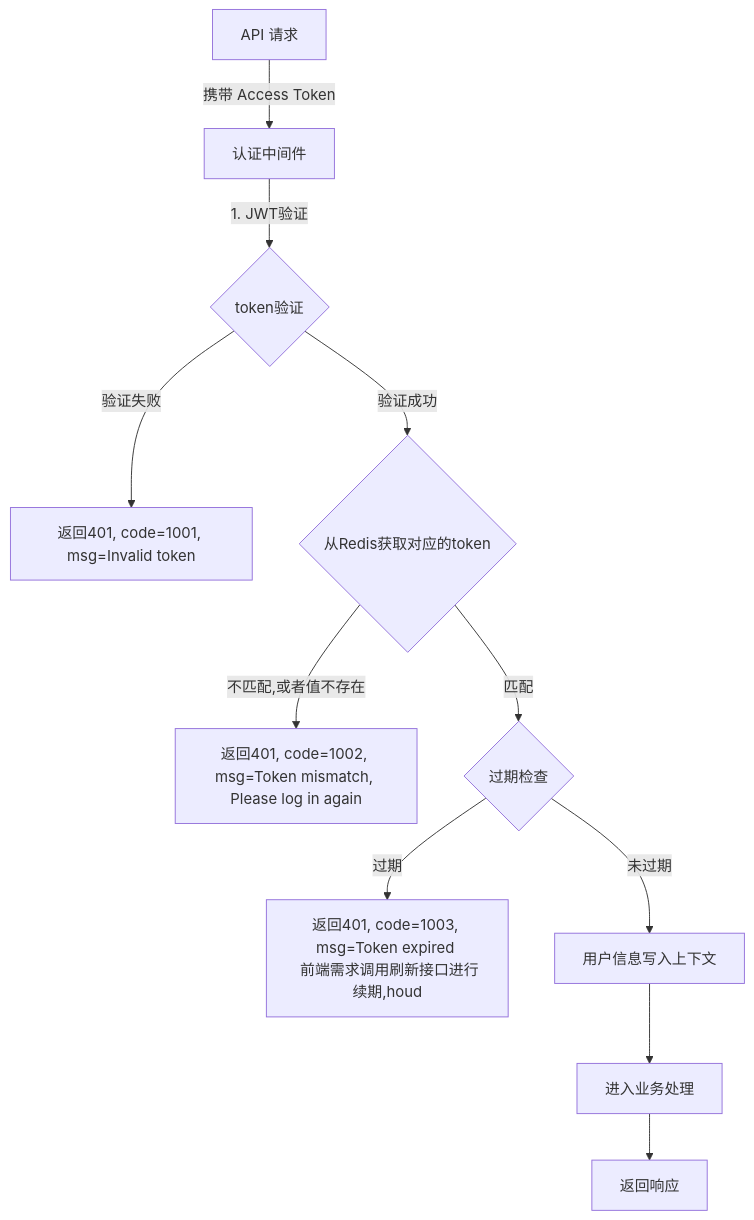
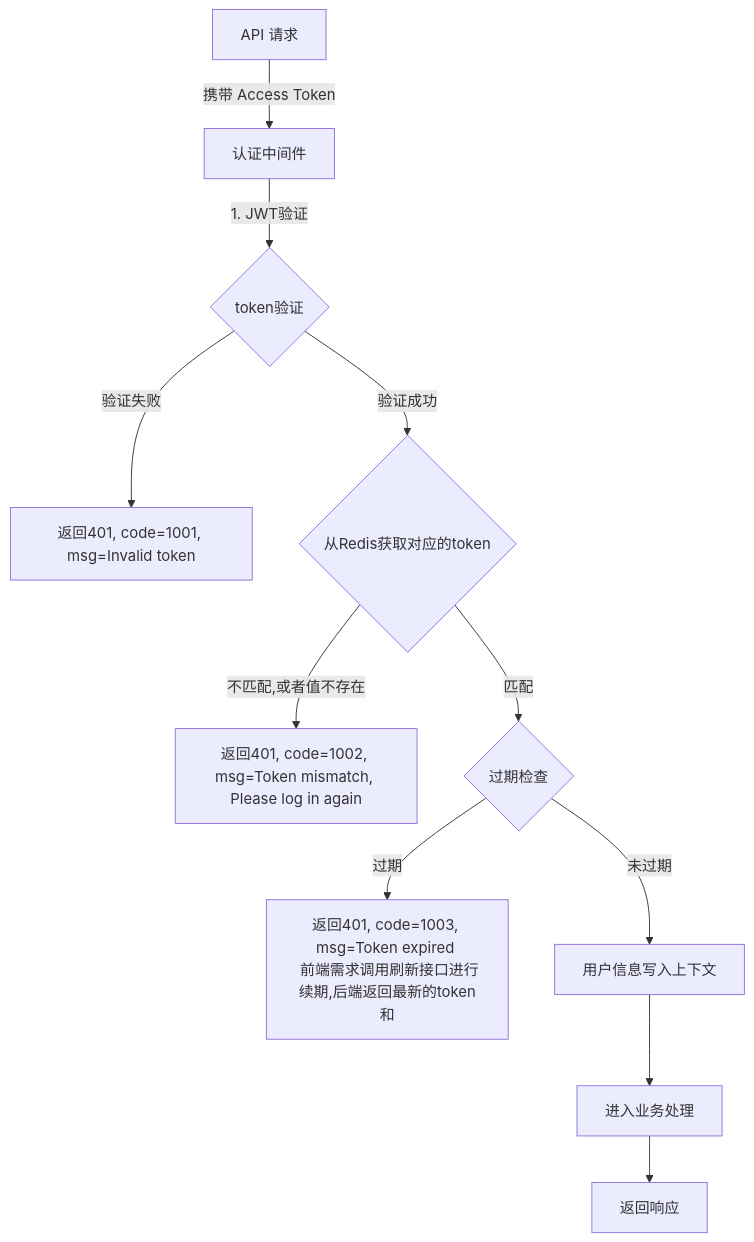
One commit to yingjianzh/iodraw-files changed the diagram in all/未命名-16.md. Above: the diagram before and after it, drawn with Mermaid.

Commit message:
2025-01-08 14:59:22 update

````diff
--- a/all/未命名-16.md
+++ b/all/未命名-16.md
@@ -1,17 +1,17 @@
 ```mermaid
 
 flowchart TD
     A[API 请求] -->|携带 Access Token| B[认证中间件]
     B -->|1. JWT验证| C{token验证}
     C -->|验证失败| D[返回401, code=1001, msg=Invalid token]
     C -->|验证成功| I{从Redis获取对应的token}
     
     I -->|不匹配,或者值不存在| J[返回401, code=1002, msg=Token mismatch, Please log in again]
     I -->|匹配| F{过期检查}
     
-    F -->|过期| E[返回401, code=1003, msg=Token expired \n 前端需求调用刷新接口进行续期,houd]
+    F -->|过期| E[返回401, code=1003, msg=Token expired \n 前端需求调用刷新接口进行续期,后端返回最新的token和]
     F -->|未过期| K[用户信息写入上下文]
     K --> L[进入业务处理]
     L --> N[返回响应]
 
 ```
````
